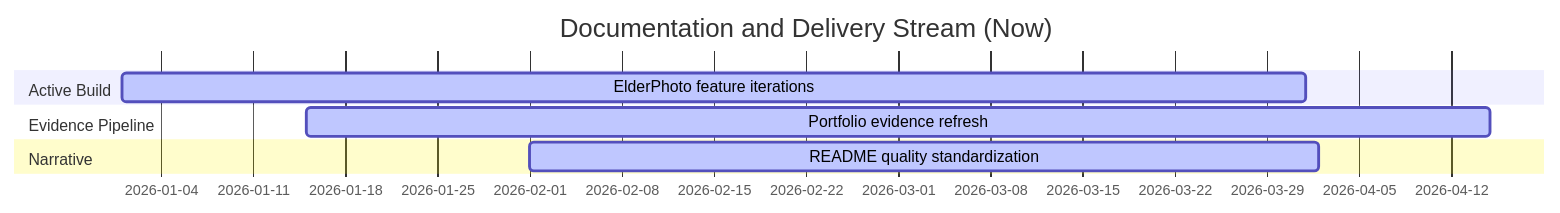
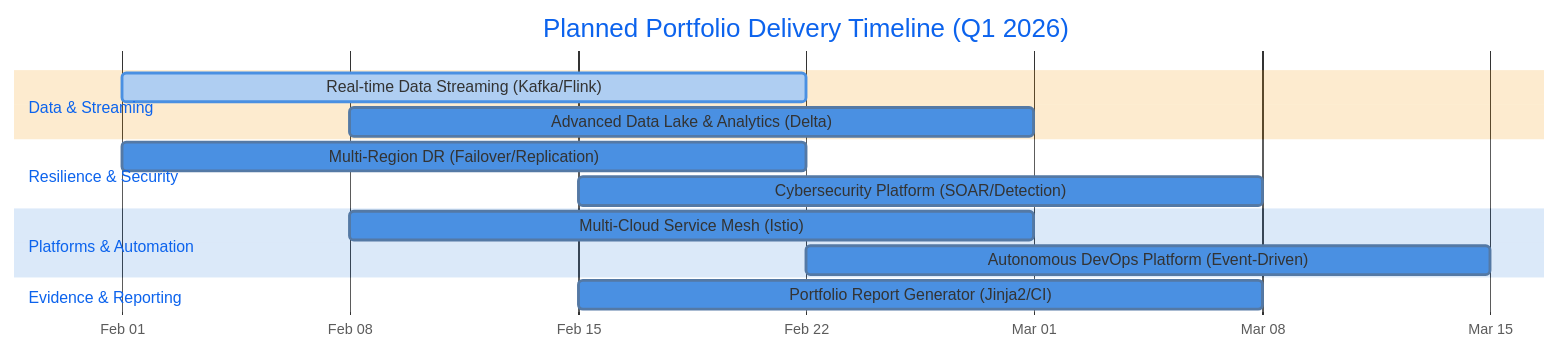
Before and after one commit to samueljackson-collab/Samueljackson-collab: the second of 30 diagrams in README.md, drawn with Mermaid. The commit also changed other lines of this file, not shown here.

````diff
--- a/README.md
+++ b/README.md
@@ -106,11 +270,22 @@
 ```mermaid
+%%{init: {'theme':'base', 'themeVariables': { 'primaryColor':'#4a90e2','secondaryColor':'#50C878','tertiaryColor':'#f39c12'}}}%%
 gantt
-  title Documentation and Delivery Stream (Now)
-  dateFormat  YYYY-MM-DD
-  section Active Build
-  ElderPhoto feature iterations       :active, a1, 2026-01-01, 90d
-  section Evidence Pipeline
-  Portfolio evidence refresh          :active, b1, 2026-01-15, 90d
-  section Narrative
-  README quality standardization      :active, c1, 2026-02-01, 60d
+    title Planned Portfolio Delivery Timeline (Q1 2026)
+    dateFormat  YYYY-MM-DD
+    axisFormat  %b %d
+
+    section Data & Streaming
+    Real-time Data Streaming (Kafka/Flink)       :active, stream_p0, 2026-02-01, 21d
+    Advanced Data Lake & Analytics (Delta)       :datalake_p0, 2026-02-08, 21d
+
+    section Resilience & Security
+    Multi-Region DR (Failover/Replication)       :dr_p0, 2026-02-01, 21d
+    Cybersecurity Platform (SOAR/Detection)      :detection_p0, 2026-02-15, 21d
+
+    section Platforms & Automation
+    Multi-Cloud Service Mesh (Istio)             :mesh_p0, 2026-02-08, 21d
+    Autonomous DevOps Platform (Event-Driven)    :auto_p0, 2026-02-22, 21d
+
+    section Evidence & Reporting
+    Portfolio Report Generator (Jinja2/CI)       :report_p0, 2026-02-15, 21d
 ```
````
